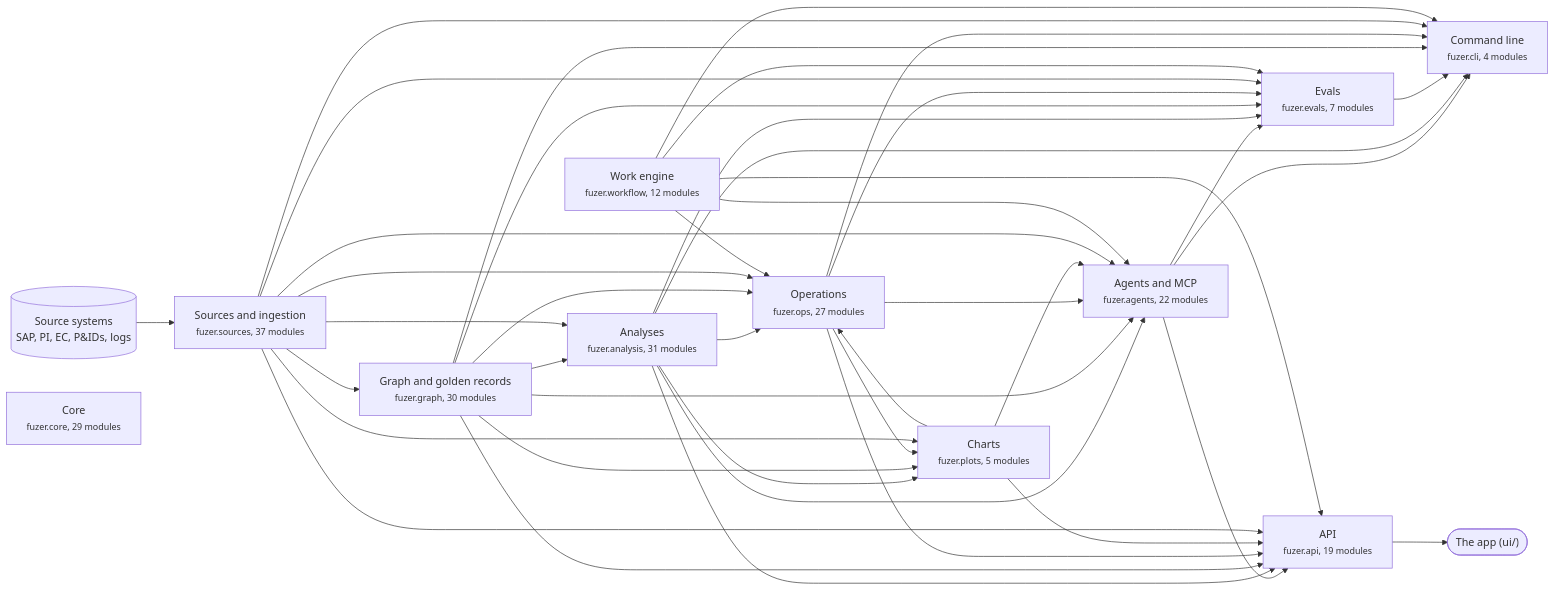
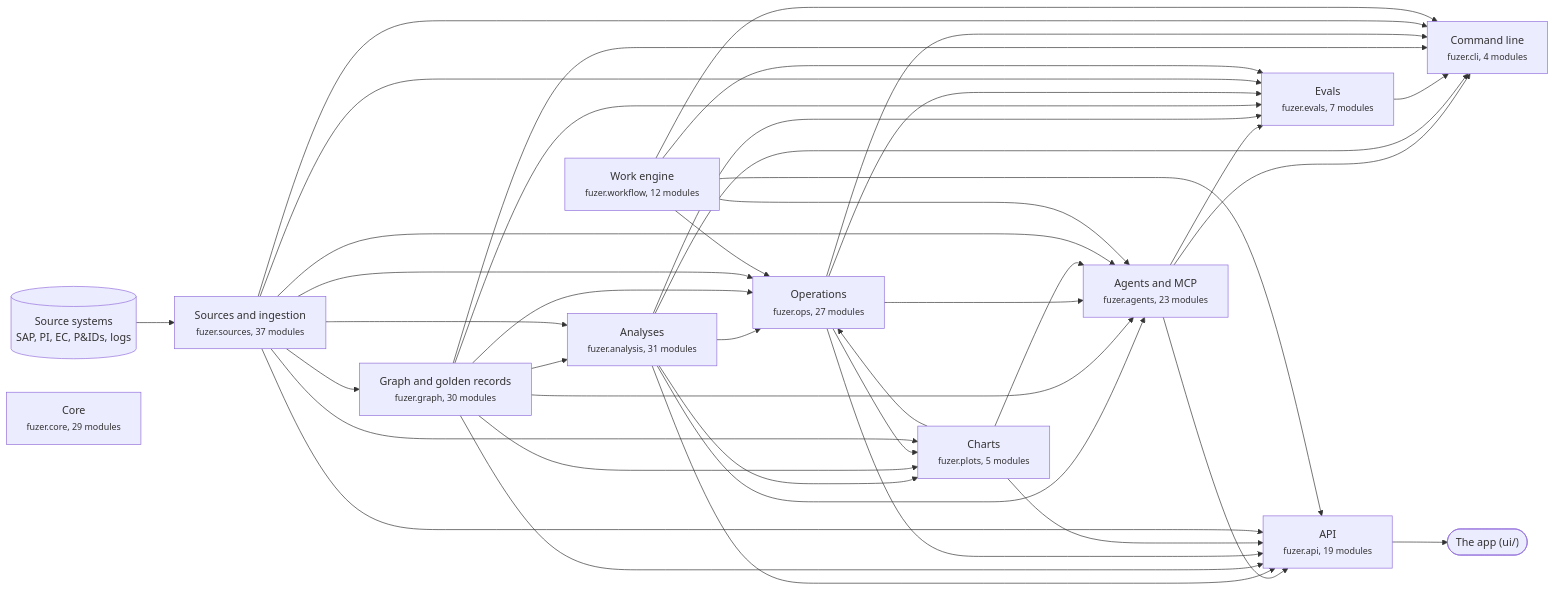
The first of 3 diagrams in docs/architecture.md (areed145/fuzer), drawn with Mermaid before and after one commit. The commit also changed other lines of this file and 12 other files, not shown here.

````diff
--- a/docs/architecture.md
+++ b/docs/architecture.md
@@ -8,66 +8,66 @@
 ```mermaid
 flowchart LR
   systems[("Source systems<br>SAP, PI, EC, P&IDs, logs")] --> c_sources
   app(["The app (ui/)"])
   c_api --> app
   c_sources["Sources and ingestion<br><small>fuzer.sources, 37 modules</small>"]
   c_graph["Graph and golden records<br><small>fuzer.graph, 30 modules</small>"]
   c_analysis["Analyses<br><small>fuzer.analysis, 31 modules</small>"]
   c_ops["Operations<br><small>fuzer.ops, 27 modules</small>"]
   c_plots["Charts<br><small>fuzer.plots, 5 modules</small>"]
   c_workflow["Work engine<br><small>fuzer.workflow, 12 modules</small>"]
-  c_agents["Agents and MCP<br><small>fuzer.agents, 22 modules</small>"]
+  c_agents["Agents and MCP<br><small>fuzer.agents, 23 modules</small>"]
   c_evals["Evals<br><small>fuzer.evals, 7 modules</small>"]
   c_api["API<br><small>fuzer.api, 19 modules</small>"]
   c_cli["Command line<br><small>fuzer.cli, 4 modules</small>"]
   c_core["Core<br><small>fuzer.core, 29 modules</small>"]
   c_sources --> c_graph
   c_graph --> c_analysis
   c_sources --> c_analysis
   c_analysis --> c_ops
   c_graph --> c_ops
   c_plots --> c_ops
   c_sources --> c_ops
   c_workflow --> c_ops
   c_analysis --> c_plots
   c_graph --> c_plots
   c_ops --> c_plots
   c_sources --> c_plots
   c_analysis --> c_agents
   c_graph --> c_agents
   c_ops --> c_agents
   c_plots --> c_agents
   c_sources --> c_agents
   c_workflow --> c_agents
   c_agents --> c_evals
   c_analysis --> c_evals
   c_graph --> c_evals
   c_ops --> c_evals
   c_sources --> c_evals
   c_workflow --> c_evals
   c_agents --> c_api
   c_analysis --> c_api
   c_graph --> c_api
   c_ops --> c_api
   c_plots --> c_api
   c_sources --> c_api
   c_workflow --> c_api
   c_agents --> c_cli
   c_analysis --> c_cli
   c_evals --> c_cli
   c_graph --> c_cli
   c_ops --> c_cli
   c_sources --> c_cli
   c_workflow --> c_cli
   click c_sources "https://github.com/areed145/fuzer/tree/main/src/fuzer/sources"
   click c_graph "https://github.com/areed145/fuzer/tree/main/src/fuzer/graph"
   click c_analysis "https://github.com/areed145/fuzer/tree/main/src/fuzer/analysis"
   click c_ops "https://github.com/areed145/fuzer/tree/main/src/fuzer/ops"
   click c_plots "https://github.com/areed145/fuzer/tree/main/src/fuzer/plots"
   click c_workflow "https://github.com/areed145/fuzer/tree/main/src/fuzer/workflow"
   click c_agents "https://github.com/areed145/fuzer/tree/main/src/fuzer/agents"
   click c_evals "https://github.com/areed145/fuzer/tree/main/src/fuzer/evals"
   click c_api "https://github.com/areed145/fuzer/tree/main/src/fuzer/api"
   click c_cli "https://github.com/areed145/fuzer/tree/main/src/fuzer/cli"
   click c_core "https://github.com/areed145/fuzer/tree/main/src/fuzer/core"
 ```
````
